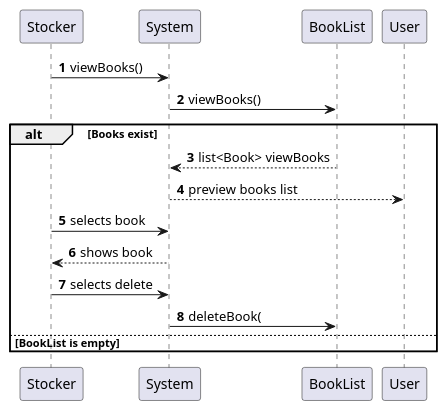
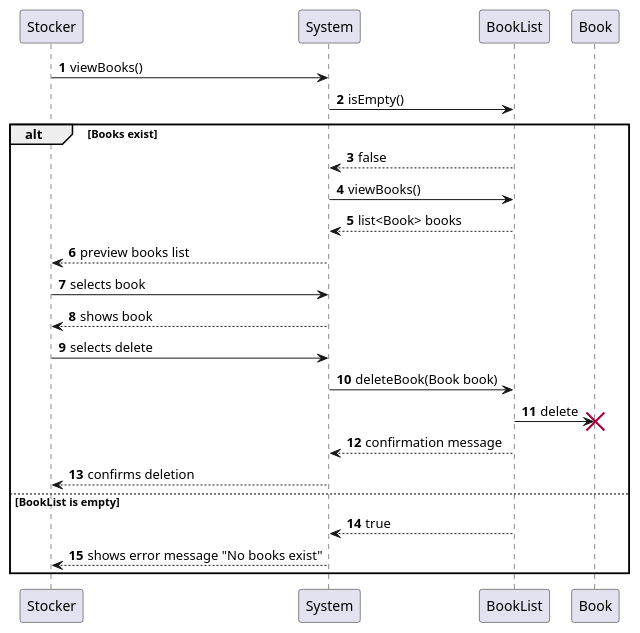
Before and after one commit to HabibaMekay/Bookstore-Management-System: the diagram in diagrams/sequence diagrams/RemoveBook.puml, drawn with PlantUML. The commit also changed 3 other files, not shown here.

Commit message:
Finished sequence diagrams and added more changes to class diagram

```diff
--- a/diagrams/sequence diagrams/RemoveBook.puml
+++ b/diagrams/sequence diagrams/RemoveBook.puml
@@ -1,18 +1,23 @@
 @startuml
 autonumber
 
 Stocker -> System: viewBooks()
+System -> BookList: isEmpty()
+alt Books exist
+BookList --> System: false
 System -> BookList: viewBooks()
-alt Books exist
-BookList --> System: list<Book> viewBooks
-System --> User: preview books list
+BookList --> System: list<Book> books
+System --> Stocker: preview books list
 Stocker -> System: selects book
 System --> Stocker: shows book
 Stocker -> System: selects delete
-System -> BookList: deleteBook(
-
+System -> BookList: deleteBook(Book book)
+BookList -> Book !!: delete
+BookList --> System: confirmation message
+System --> Stocker: confirms deletion
 else BookList is empty
-
+BookList --> System: true
+System --> Stocker: shows error message "No books exist"
 end
 
 @enduml
```
